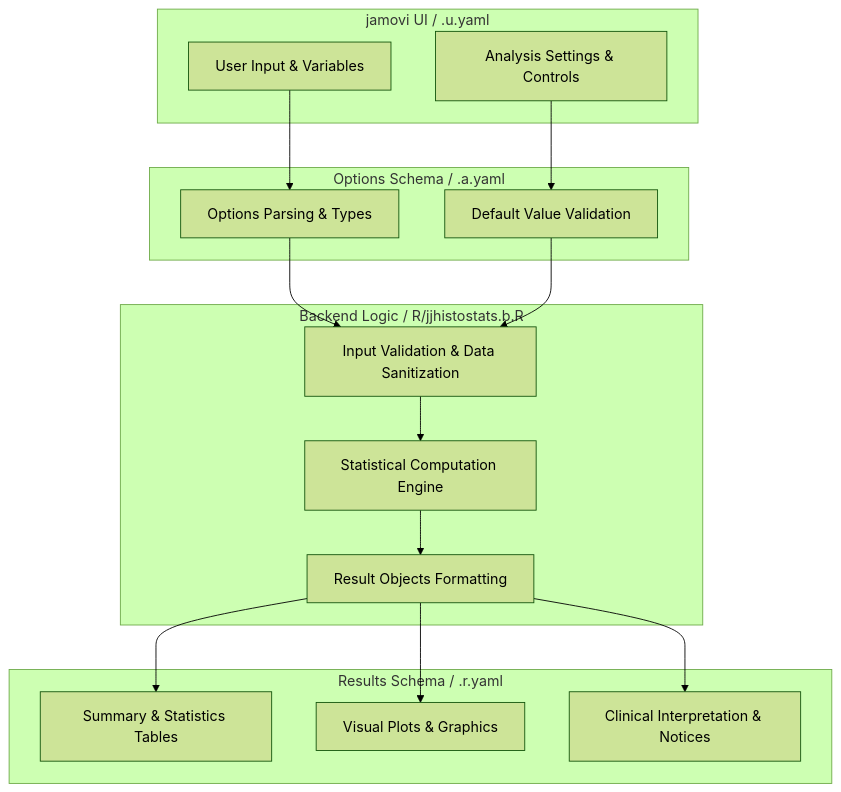
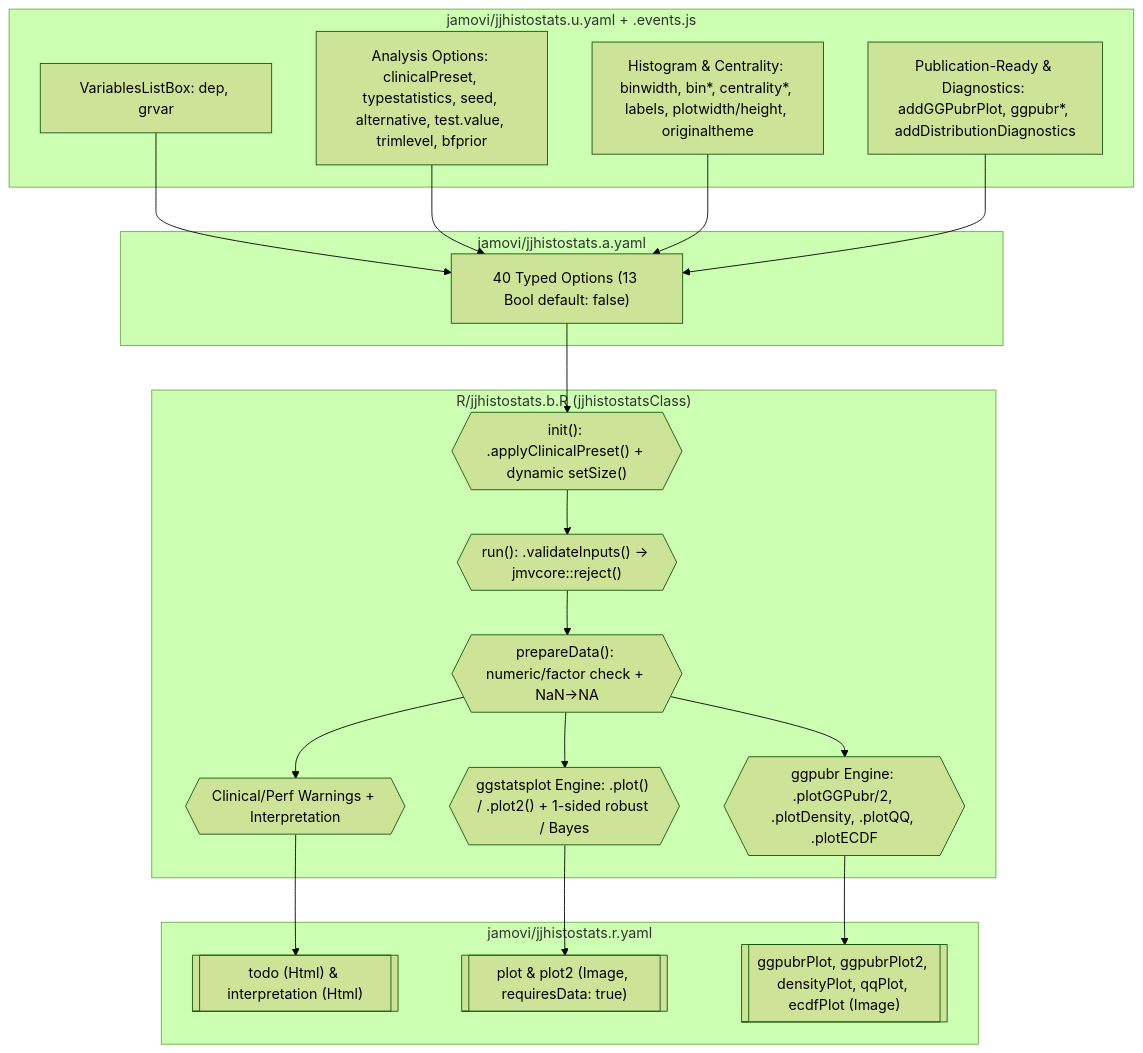
The first of 4 diagrams in vignettes/jjhistostats-documentation.md (sbalci/ClinicoPathJamoviModule), drawn with Mermaid (forest theme) before and after one commit. The commit also changed other lines of this file and 11 other files, not shown here.

````diff
--- a/vignettes/jjhistostats-documentation.md
+++ b/vignettes/jjhistostats-documentation.md
@@ -77,34 +160,42 @@
 ```mermaid
 flowchart TD
-  subgraph UI[jamovi UI / .u.yaml]
-    U1[User Input & Variables]
-    U2[Analysis Settings & Controls]
+  subgraph UI["jamovi/jjhistostats.u.yaml + .events.js"]
+    U1["VariablesListBox: dep, grvar"]
+    U2["Analysis Options: clinicalPreset, typestatistics, seed, alternative, test.value, trimlevel, bfprior"]
+    U3["Histogram & Centrality: binwidth, bin*, centrality*, labels, plotwidth/height, originaltheme"]
+    U4["Publication-Ready & Diagnostics: addGGPubrPlot, ggpubr*, addDistributionDiagnostics"]
   end
 
-  subgraph Opts[Options Schema / .a.yaml]
-    O1[Options Parsing & Types]
-    O2[Default Value Validation]
+  subgraph A["jamovi/jjhistostats.a.yaml"]
+    A1["40 Typed Options (13 Bool default: false)"]
   end
 
-  subgraph Backend[Backend Logic / R/jjhistostats.b.R]
-    B1[Input Validation & Data Sanitization]
-    B2[Statistical Computation Engine]
-    B3[Result Objects Formatting]
+  subgraph B["R/jjhistostats.b.R (jjhistostatsClass)"]
+    B0{{"init(): .applyClinicalPreset() + dynamic setSize()"}}
+    B1{{"run(): .validateInputs() -> jmvcore::reject()"}}
+    B2{{"prepareData(): numeric/factor check + NaN->NA"}}
+    B3{{"Clinical/Perf Warnings + Interpretation"}}
+    B4{{"ggstatsplot Engine: .plot() / .plot2() + 1-sided robust / Bayes"}}
+    B5{{"ggpubr Engine: .plotGGPubr/2, .plotDensity, .plotQQ, .plotECDF"}}
   end
 
-  subgraph Res[Results Schema / .r.yaml]
-    R1[Summary & Statistics Tables]
-    R2[Visual Plots & Graphics]
-    R3[Clinical Interpretation & Notices]
+  subgraph RY["jamovi/jjhistostats.r.yaml"]
+    R1[["todo (Html) & interpretation (Html)"]]
+    R2[["plot & plot2 (Image, requiresData: true)"]]
+    R3[["ggpubrPlot, ggpubrPlot2, densityPlot, qqPlot, ecdfPlot (Image)"]]
   end
 
-  U1 --> O1
-  U2 --> O2
-  O1 --> B1
-  O2 --> B1
+  U1 --> A1
+  U2 --> A1
+  U3 --> A1
+  U4 --> A1
+  A1 --> B0
+  B0 --> B1
   B1 --> B2
   B2 --> B3
+  B2 --> B4
+  B2 --> B5
   B3 --> R1
-  B3 --> R2
-  B3 --> R3
+  B4 --> R2
+  B5 --> R3
 ```
````
